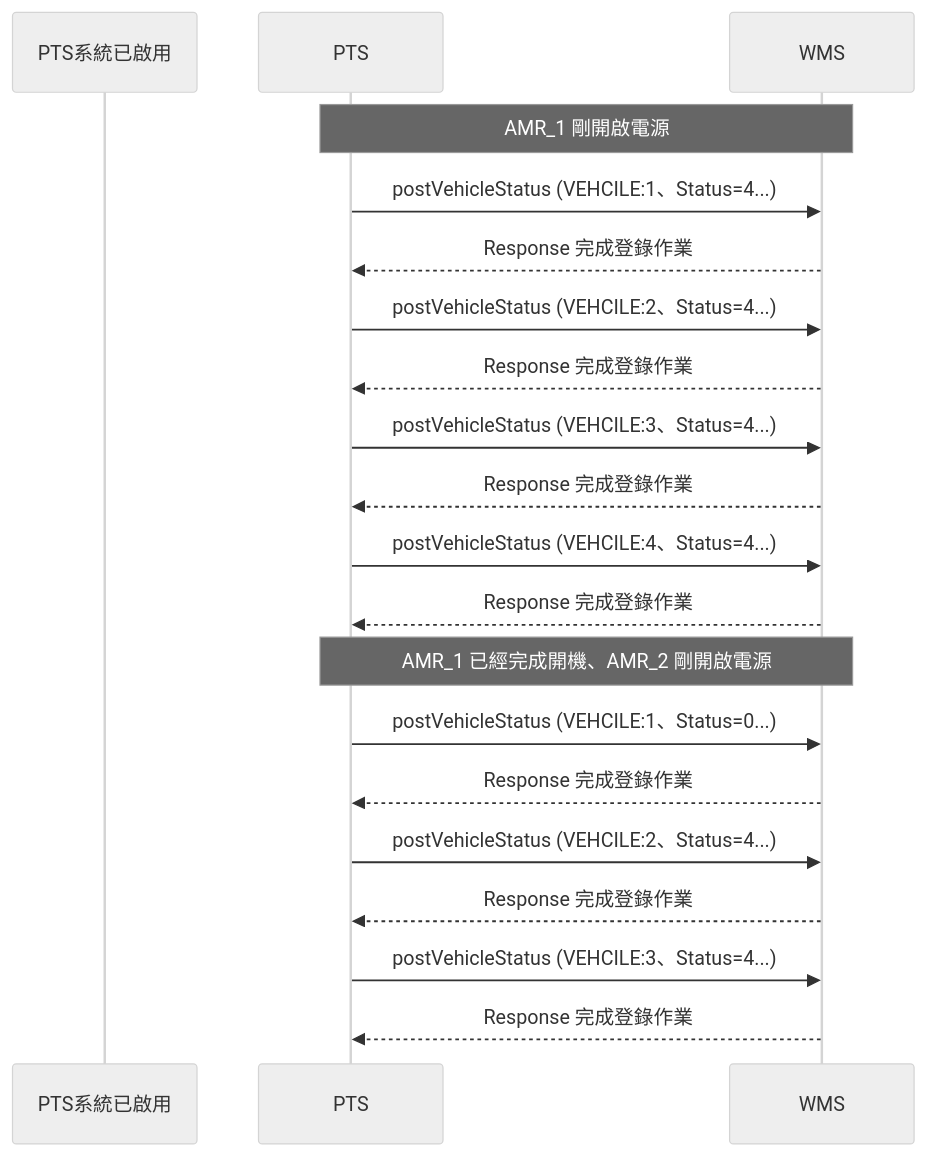
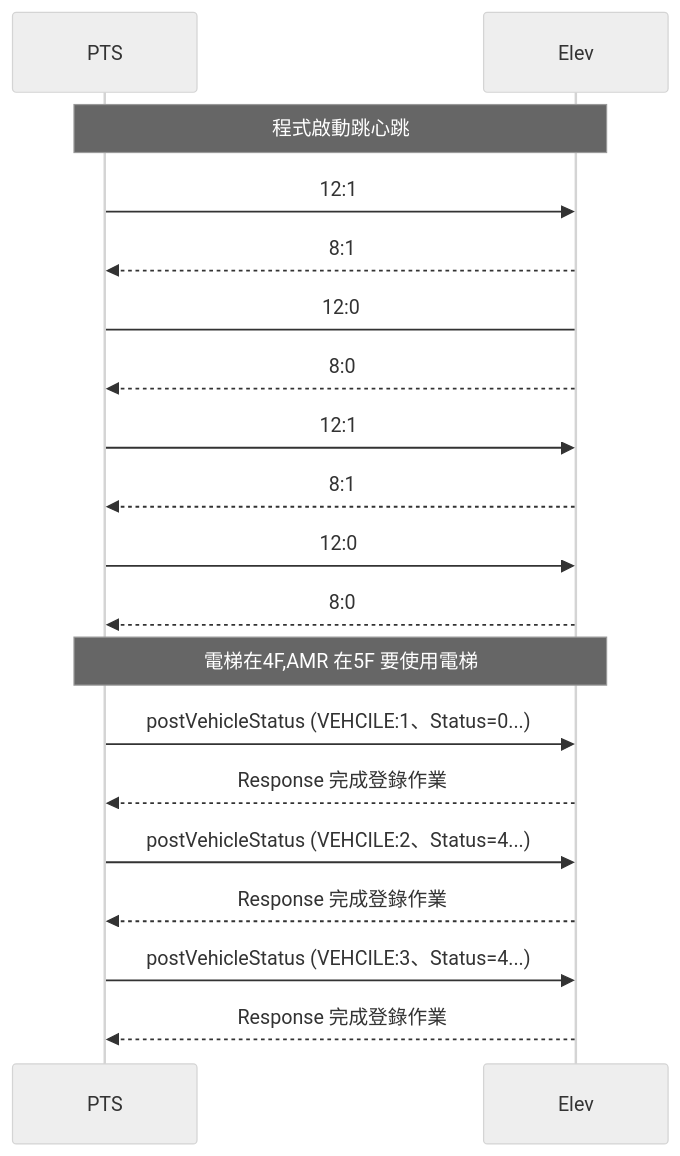
The diagram in README.md (athena-tircgo/amr-elev-Zhunan), drawn with Mermaid (neutral theme) before and after one commit. The commit also changed other lines of this file, not shown here.

````diff
--- a/README.md
+++ b/README.md
@@ -27,25 +4,25 @@
 ```mermaid
 sequenceDiagram
-    participant PTS系統已啟用
+
     participant PTS
-    participant WMS
+    participant Elev
 
-    note over PTS,WMS: AMR_1 剛開啟電源
-        PTS->>WMS: postVehicleStatus (VEHCILE:1、Status=4...)
-        WMS-->>PTS: Response 完成登錄作業
-        PTS->>WMS: postVehicleStatus (VEHCILE:2、Status=4...)
-        WMS-->>PTS: Response 完成登錄作業
-        PTS->>WMS: postVehicleStatus (VEHCILE:3、Status=4...)
-        WMS-->>PTS: Response 完成登錄作業
-        PTS->>WMS: postVehicleStatus (VEHCILE:4、Status=4...)
-        WMS-->>PTS: Response 完成登錄作業
+    note over PTS,Elev: 程式啟動跳心跳
+        PTS->>Elev: 12:1
+        Elev-->>PTS: 8:1
+        PTS->Elev: 12:0
+        Elev-->>PTS: 8:0
+        PTS->>Elev: 12:1
+        Elev-->>PTS: 8:1
+        PTS->>Elev: 12:0
+        Elev-->>PTS: 8:0
 
-    note over PTS,WMS: AMR_1 已經完成開機、AMR_2 剛開啟電源
-        PTS->>WMS: postVehicleStatus (VEHCILE:1、Status=0...)
-        WMS-->>PTS: Response 完成登錄作業
-        PTS->>WMS: postVehicleStatus (VEHCILE:2、Status=4...)
-        WMS-->>PTS: Response 完成登錄作業
-        PTS->>WMS: postVehicleStatus (VEHCILE:3、Status=4...)
-        WMS-->>PTS: Response 完成登錄作業
+    note over PTS,Elev: 電梯在4F,AMR 在5F 要使用電梯
+        PTS->>Elev: postVehicleStatus (VEHCILE:1、Status=0...)
+        Elev-->>PTS: Response 完成登錄作業
+        PTS->>Elev: postVehicleStatus (VEHCILE:2、Status=4...)
+        Elev-->>PTS: Response 完成登錄作業
+        PTS->>Elev: postVehicleStatus (VEHCILE:3、Status=4...)
+        Elev-->>PTS: Response 完成登錄作業
 
 ```
````
